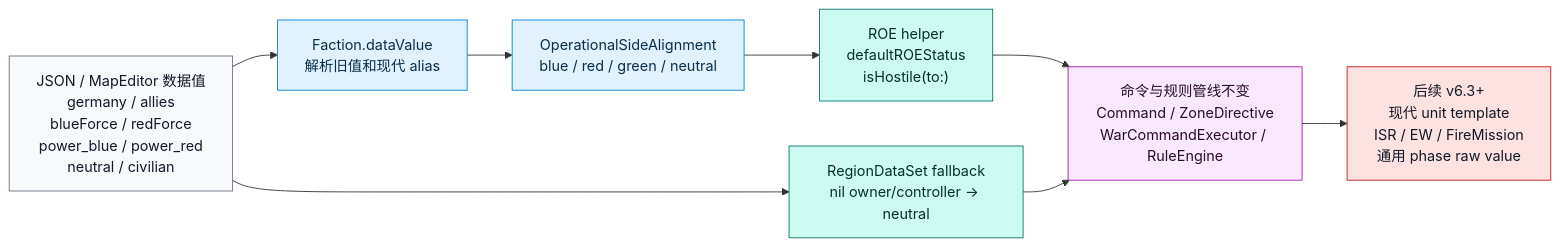
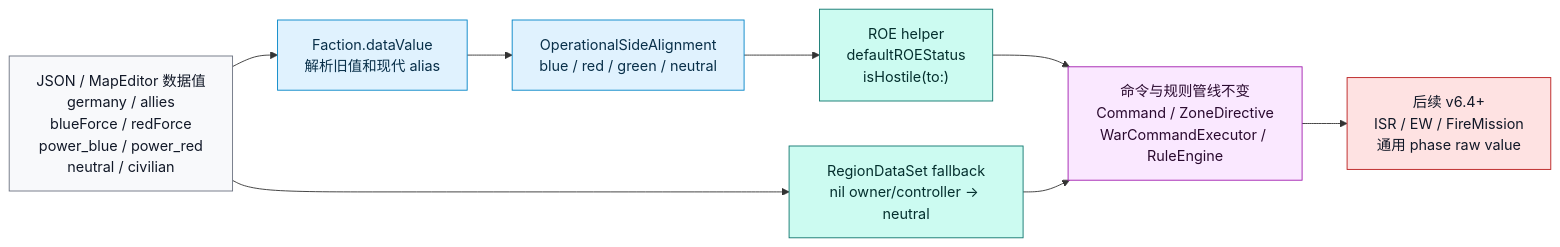
One commit to Altman-sam114/127 changed the third of 13 diagrams in md/flow/flowchart.md. Above: the diagram before and after it, drawn with Mermaid. The commit also changed other lines of this file and 25 other files, not shown here.

````diff
--- a/md/flow/flowchart.md
+++ b/md/flow/flowchart.md
@@ -90,20 +90,20 @@
 ```mermaid
 flowchart LR
     DATA["JSON / MapEditor 数据值<br/>germany / allies<br/>blueForce / redForce<br/>power_blue / power_red<br/>neutral / civilian"]:::data
     FACTION["Faction.dataValue<br/>解析旧值和现代 alias"]:::state
     ALIGN["OperationalSideAlignment<br/>blue / red / green / neutral"]:::state
     ROE["ROE helper<br/>defaultROEStatus<br/>isHostile(to:)"]:::rules
     REGION["RegionDataSet fallback<br/>nil owner/controller -> neutral"]:::rules
     PIPE["命令与规则管线不变<br/>Command / ZoneDirective<br/>WarCommandExecutor / RuleEngine"]:::command
-    TODO["后续 v6.3+<br/>现代 unit template<br/>ISR / EW / FireMission<br/>通用 phase raw value"]:::risk
+    TODO["后续 v6.4+<br/>ISR / EW / FireMission<br/>通用 phase raw value"]:::risk
 
     DATA --> FACTION --> ALIGN --> ROE --> PIPE
     DATA --> REGION --> PIPE
     PIPE --> TODO
 
     classDef data fill:#f8f9fb,stroke:#6b7280,color:#111827
     classDef state fill:#e0f2fe,stroke:#0284c7,color:#082f49
     classDef rules fill:#ccfbf1,stroke:#0f766e,color:#042f2e
     classDef command fill:#fae8ff,stroke:#a21caf,color:#2a0a2f
     classDef risk fill:#fee2e2,stroke:#b91c1c,color:#111827
 ```
````
